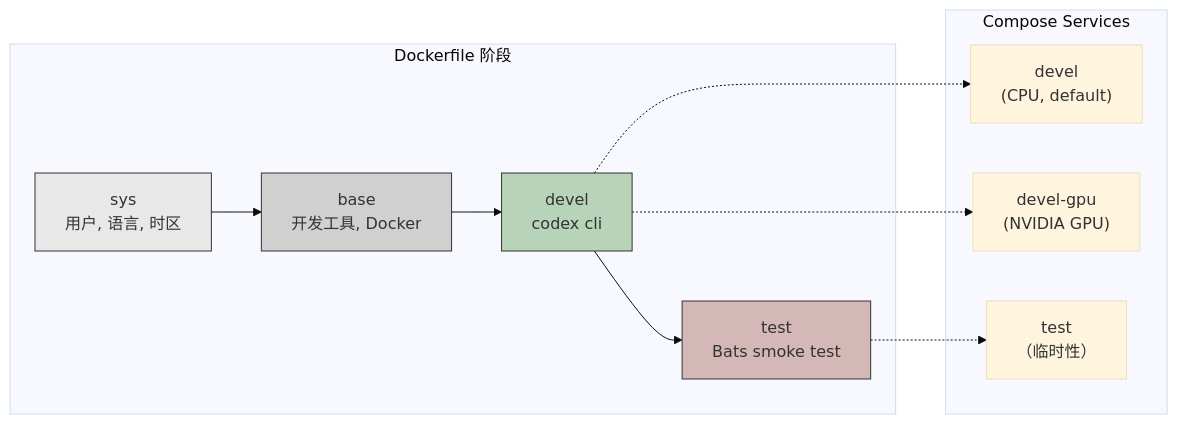
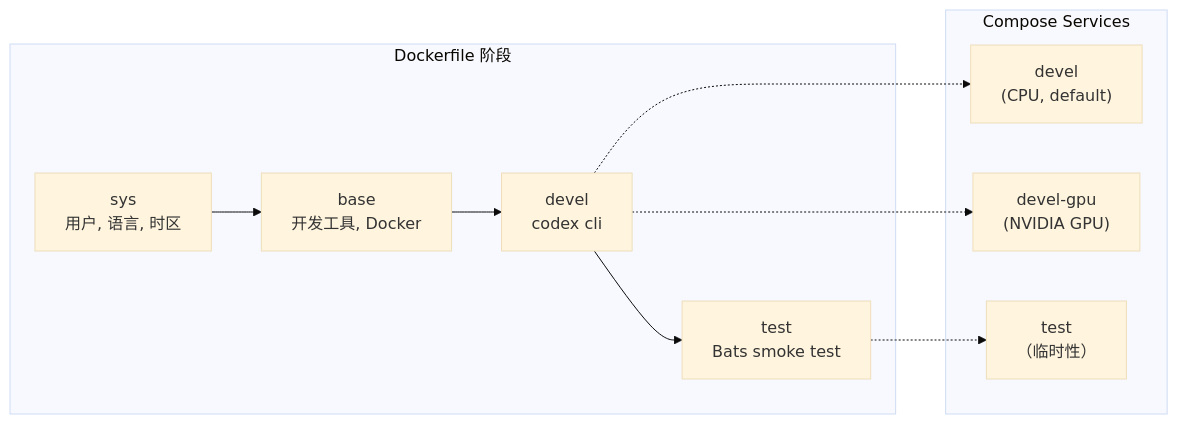
Before and after one commit to ycpss91255-docker/codex_cli: the second of 3 diagrams in doc/README.zh-CN.md, drawn with Mermaid (base theme). The commit also changed other lines of this file and 3 other files, not shown here.

Commit message:
docs: remove mermaid background colors from architecture diagrams

````diff
--- a/doc/README.zh-CN.md
+++ b/doc/README.zh-CN.md
@@ -69,26 +67,22 @@
 ```mermaid
 graph LR
     subgraph "Dockerfile 阶段"
         sys["sys<br/>用户, 语言, 时区"]
         base["base<br/>开发工具, Docker"]
         devel["devel<br/>codex cli"]
         test["test<br/>Bats smoke test"]
     end
 
     sys --> base --> devel --> test
 
     subgraph "Compose Services"
         S_CPU["devel<br/>(CPU, default)"]
         S_GPU["devel-gpu<br/>(NVIDIA GPU)"]
         S_Test["test<br/>（临时性）"]
     end
 
     devel -.-> S_CPU
     devel -.-> S_GPU
     test -.-> S_Test
 
-    style sys fill:#e8e8e8,stroke:#333
-    style base fill:#d0d0d0,stroke:#333
-    style devel fill:#b8d4b8,stroke:#333
-    style test fill:#d4b8b8,stroke:#333
 ```
````
